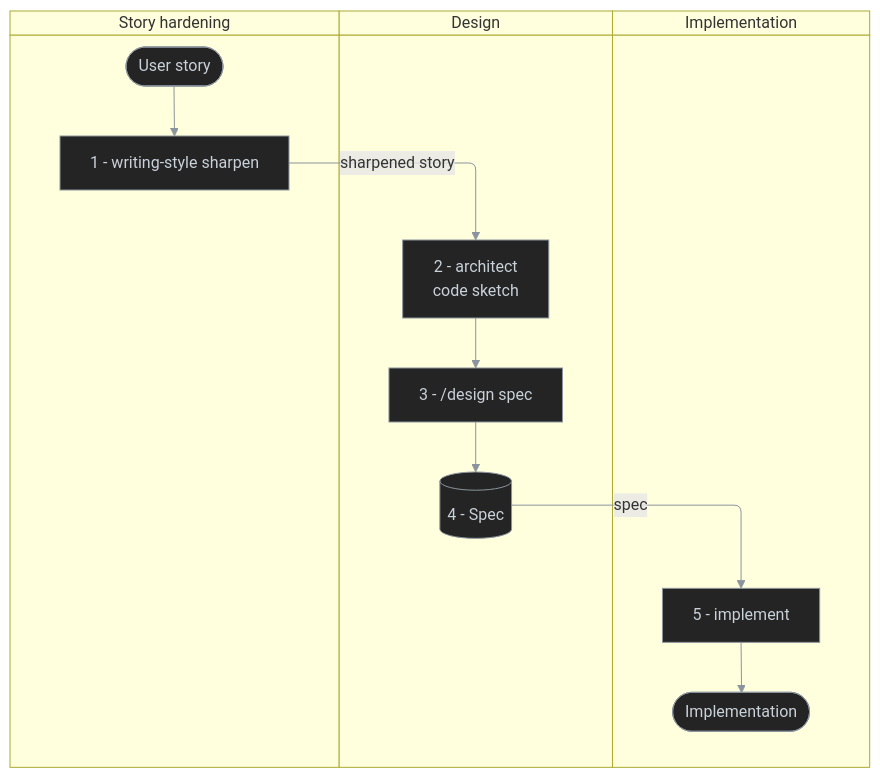
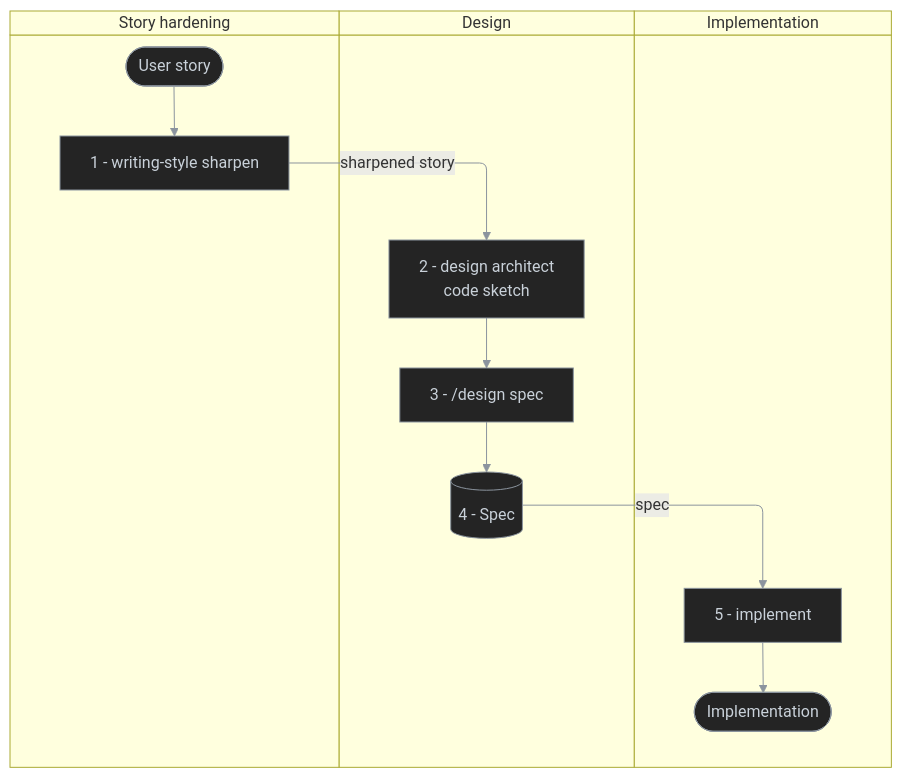
Before and after one commit to antshc/brain: the third of 4 diagrams in plugins/wf/README.md, drawn with Mermaid. The commit also changed other lines of this file and 28 other files, not shown here.

Commit message:
feat(design): consolidate architect routes and shared sketch

````diff
--- a/plugins/wf/README.md
+++ b/plugins/wf/README.md
@@ -115,27 +115,27 @@
 ```mermaid
 %%{init: {'themeVariables': {'lineColor': '#8b949e'}}}%%
 %% diagram-id: wf-story-to-implementation-swimlane
 swimlane-beta TB
   accTitle: Story to implementation responsibility
   accDescr: Shows one User story sharpened, sketched by architect, turned into a spec, and implemented by implement.
 
   subgraph story [Story hardening]
     userStory([User story])
     sharpen[1 - writing-style sharpen]
   end
 
   subgraph design [Design]
-    architect[2 - architect<br/>code sketch]
+    architect[2 - design architect<br/>code sketch]
     toSpec[3 - /design spec]
     spec[(4 - Spec)]
   end
 
   subgraph implementation [Implementation]
     implementSpec[5 - implement]
     done([Implementation])
   end
 
   userStory --> sharpen -->|sharpened story| architect --> toSpec --> spec -->|spec| implementSpec --> done
 
   classDef default fill:#242424,stroke:#8b949e,color:#c9d1d9,stroke-width:1px
 ```
````
